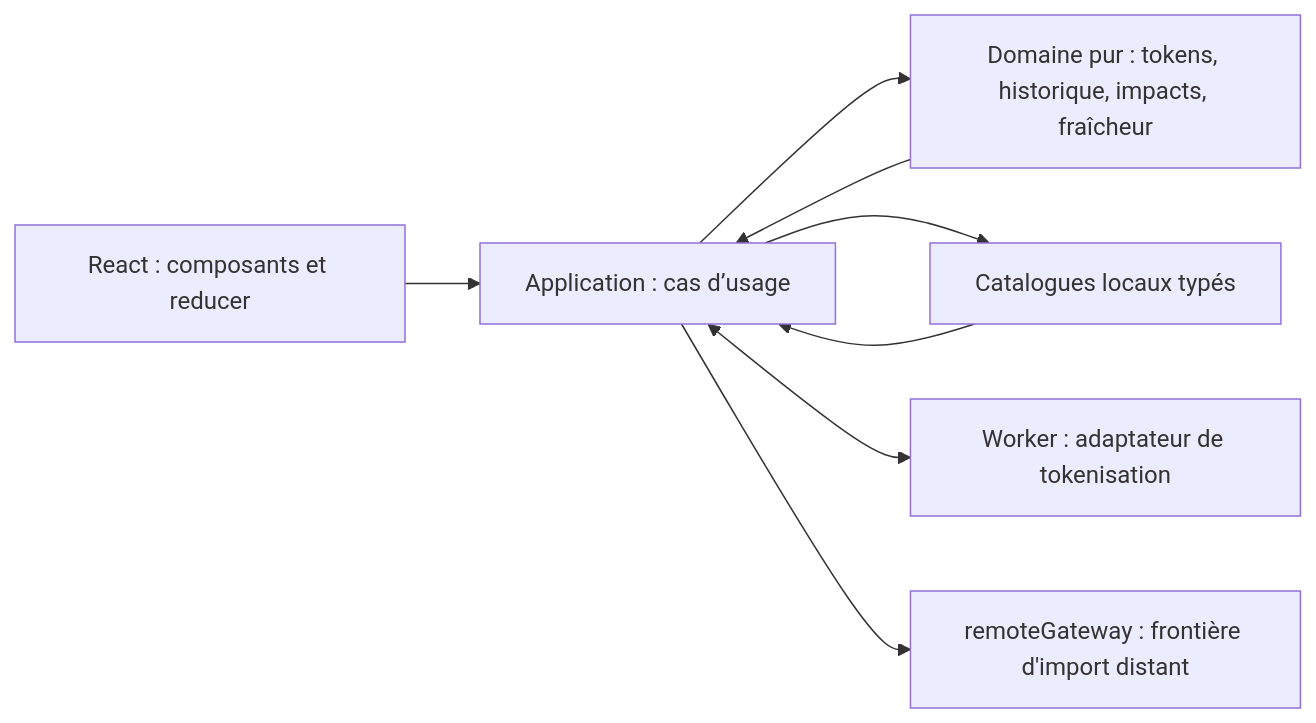
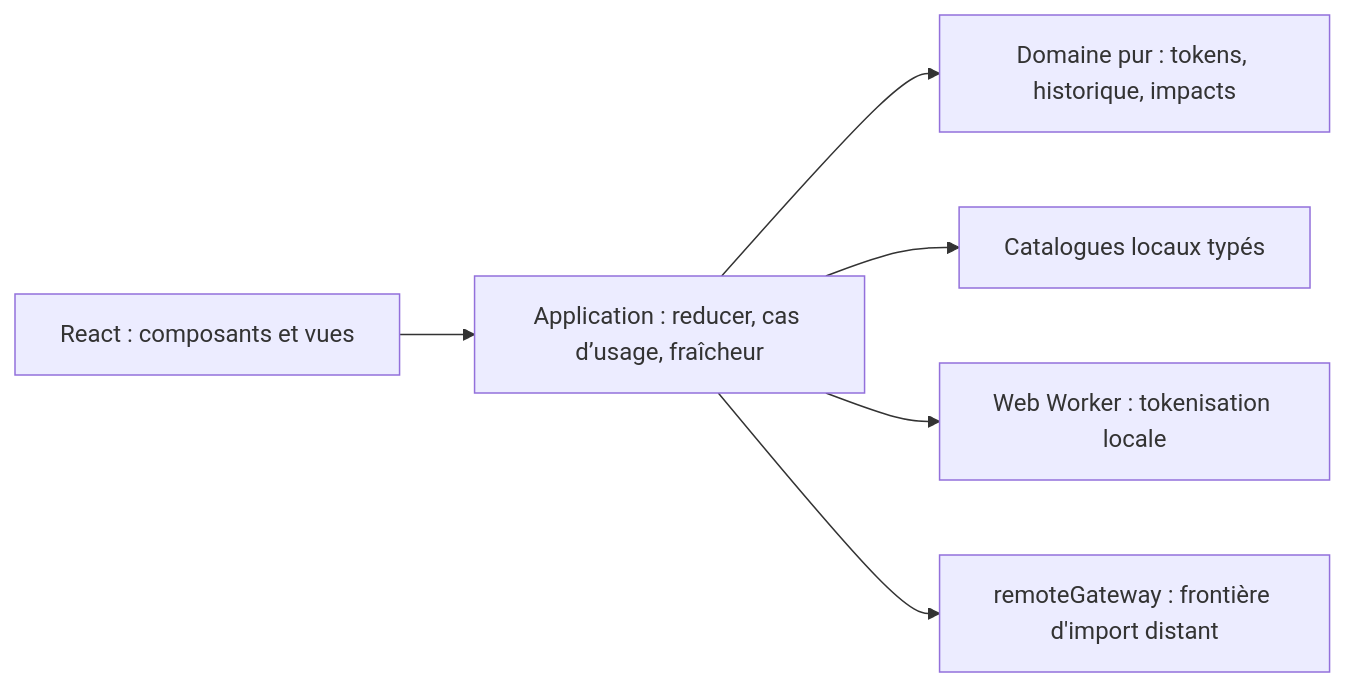
The first of 3 diagrams in _bmad-output/planning-artifacts/architecture/architecture-ai-env-impact-calculator-2026-09-18/ARCHITECTURE-SPINE.md (felixmortas/ai-inf-calculator), drawn with Mermaid before and after one commit. The commit also changed other lines of this file and 5 other files, not shown here.

Commit message:
edit architecture document to match changes

````diff
--- a/_bmad-output/planning-artifacts/architecture/architecture-ai-env-impact-calculator-2026-09-18/ARCHITECTURE-SPINE.md
+++ b/_bmad-output/planning-artifacts/architecture/architecture-ai-env-impact-calculator-2026-09-18/ARCHITECTURE-SPINE.md
@@ -26,10 +29,8 @@
 ```mermaid
 flowchart LR
-  UI[React : composants et reducer] --> APP[Application : cas d’usage]
-  APP --> DOMAIN[Domaine pur : tokens, historique, impacts, fraîcheur]
+  UI[React : composants et vues] --> APP[Application : reducer, cas d’usage, fraîcheur]
+  APP --> DOMAIN[Domaine pur : tokens, historique, impacts]
   APP --> CATALOG[Catalogues locaux typés]
-  APP <--> WORKER[Worker : adaptateur de tokenisation]
+  APP --> WORKER[Web Worker : tokenisation locale]
   APP --> REMOTE[remoteGateway : frontière d'import distant]
-  DOMAIN --> APP
-  CATALOG --> APP
 ```
````
